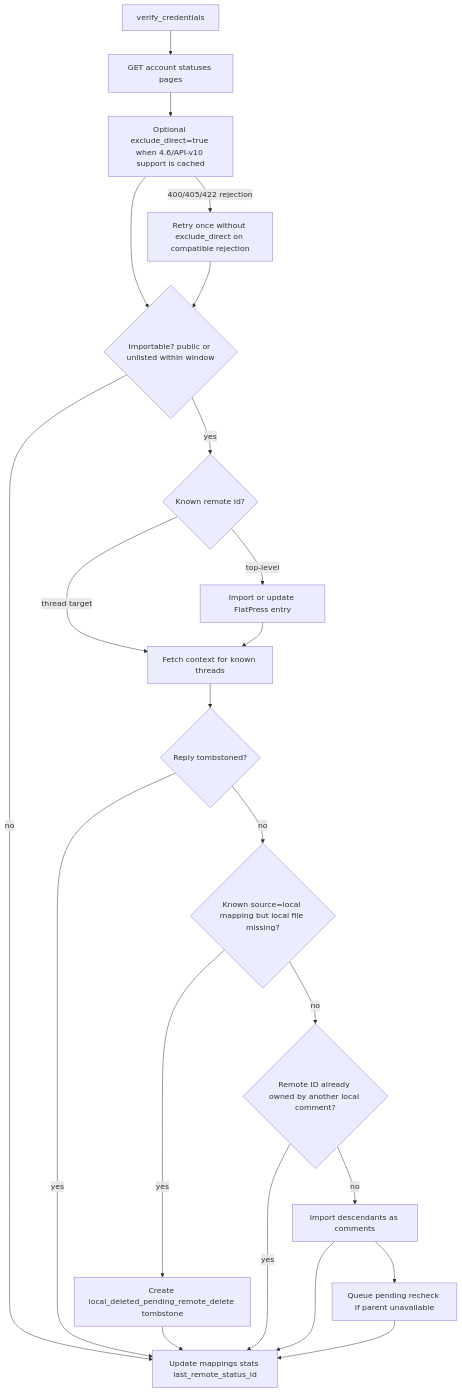
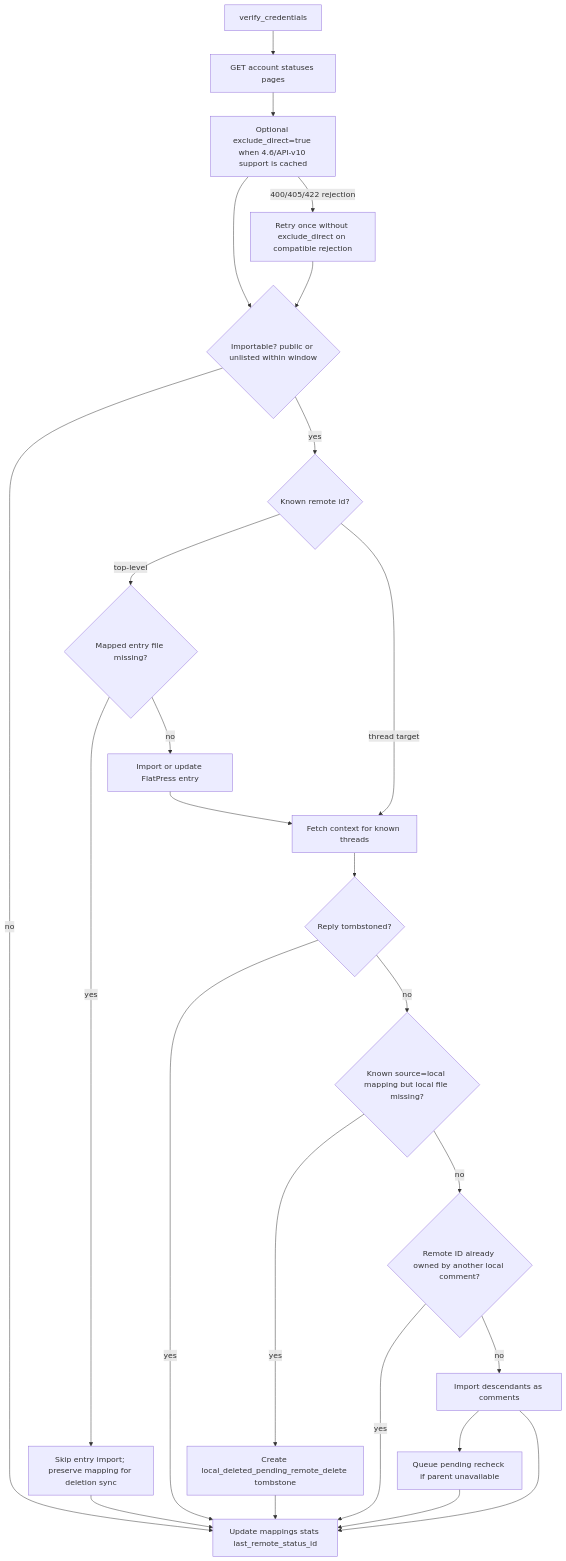
One commit to flatpressblog/flatpress changed the fifth of 9 diagrams in fp-plugins/mastodon/developer-docs/01-Process-Map.md. Above: the diagram before and after it, drawn with Mermaid. The commit also changed other lines of this file and 10 other files, not shown here.

First line of the commit message:
Fix re-import of locally deleted Mastodon-linked entries

````diff
--- a/fp-plugins/mastodon/developer-docs/01-Process-Map.md
+++ b/fp-plugins/mastodon/developer-docs/01-Process-Map.md
@@ -185,37 +185,41 @@
 ```mermaid
 flowchart TD
-    Verify[verify_credentials]
-    Pages[GET account statuses pages]
-    Direct[Optional exclude_direct=true when 4.6/API-v10 support is cached]
-    DirectFallback[Retry once without exclude_direct on compatible rejection]
-    Filter{Importable? public or unlisted within window}
-    Known{Known remote id?}
-    Entry[Import or update FlatPress entry]
-    Context[Fetch context for known threads]
-    Tombstone{Reply tombstoned?}
-    MissingLocal{Known source=local mapping but local file missing?}
-    Protect[Create local_deleted_pending_remote_delete tombstone]
-    Conflict{Remote ID already owned by another local comment?}
-    Desc[Import descendants as comments]
-    Recheck[Queue pending recheck if parent unavailable]
-    State[Update mappings stats last_remote_status_id]
+	Verify[verify_credentials]
+	Pages[GET account statuses pages]
+	Direct[Optional exclude_direct=true when 4.6/API-v10 support is cached]
+	DirectFallback[Retry once without exclude_direct on compatible rejection]
+	Filter{Importable? public or unlisted within window}
+	Known{Known remote id?}
+	MissingEntry{Mapped entry file missing?}
+	PreserveEntry[Skip entry import; preserve mapping for deletion sync]
+	Entry[Import or update FlatPress entry]
+	Context[Fetch context for known threads]
+	Tombstone{Reply tombstoned?}
+	MissingLocal{Known source=local mapping but local file missing?}
+	Protect[Create local_deleted_pending_remote_delete tombstone]
+	Conflict{Remote ID already owned by another local comment?}
+	Desc[Import descendants as comments]
+	Recheck[Queue pending recheck if parent unavailable]
+	State[Update mappings stats last_remote_status_id]
 
-    Verify --> Pages --> Direct
-    Direct --> Filter
-    Direct -- 400/405/422 rejection --> DirectFallback --> Filter
-    Filter -- no --> State
-    Filter -- yes --> Known
-    Known -- top-level --> Entry
-    Known -- thread target --> Context
-    Entry --> Context
-    Context --> Tombstone
-    Tombstone -- yes --> State
-    Tombstone -- no --> MissingLocal
-    MissingLocal -- yes --> Protect --> State
-    MissingLocal -- no --> Conflict
-    Conflict -- yes --> State
-    Conflict -- no --> Desc
-    Desc --> Recheck
-    Desc --> State
-    Recheck --> State
+	Verify --> Pages --> Direct
+	Direct --> Filter
+	Direct -- 400/405/422 rejection --> DirectFallback --> Filter
+	Filter -- no --> State
+	Filter -- yes --> Known
+	Known -- top-level --> MissingEntry
+	MissingEntry -- yes --> PreserveEntry --> State
+	MissingEntry -- no --> Entry
+	Known -- thread target --> Context
+	Entry --> Context
+	Context --> Tombstone
+	Tombstone -- yes --> State
+	Tombstone -- no --> MissingLocal
+	MissingLocal -- yes --> Protect --> State
+	MissingLocal -- no --> Conflict
+	Conflict -- yes --> State
+	Conflict -- no --> Desc
+	Desc --> Recheck
+	Desc --> State
+	Recheck --> State
 ```
````
